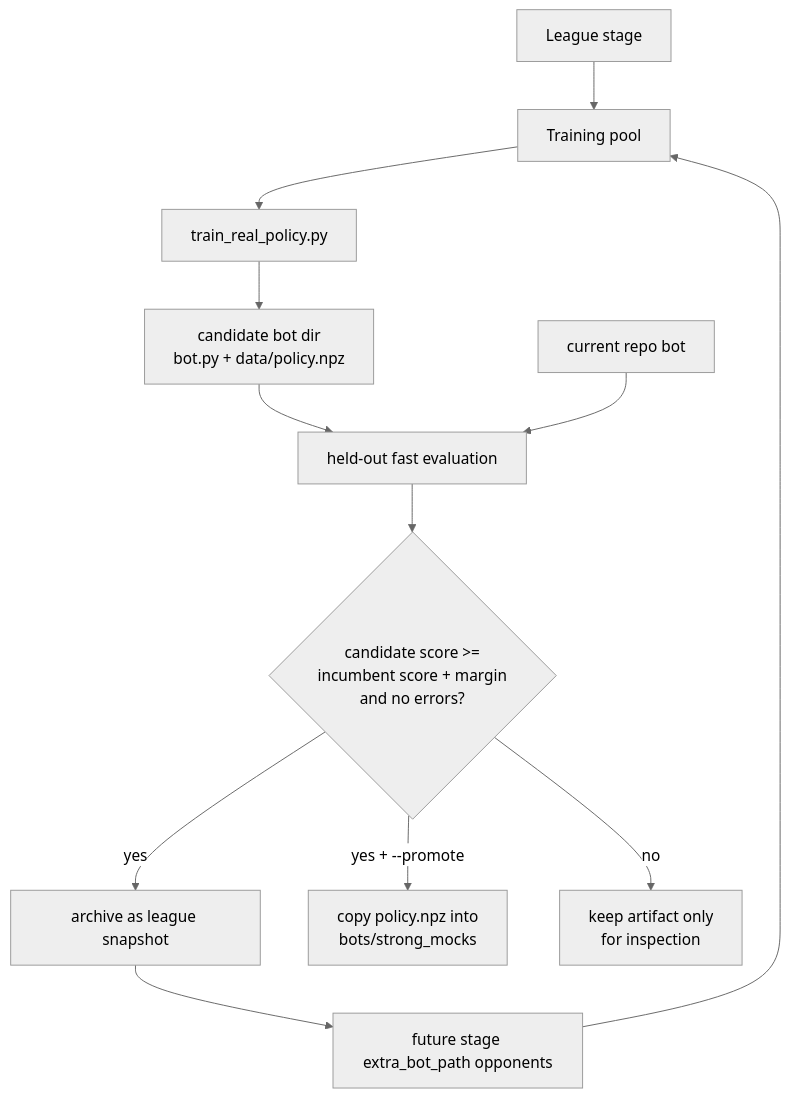
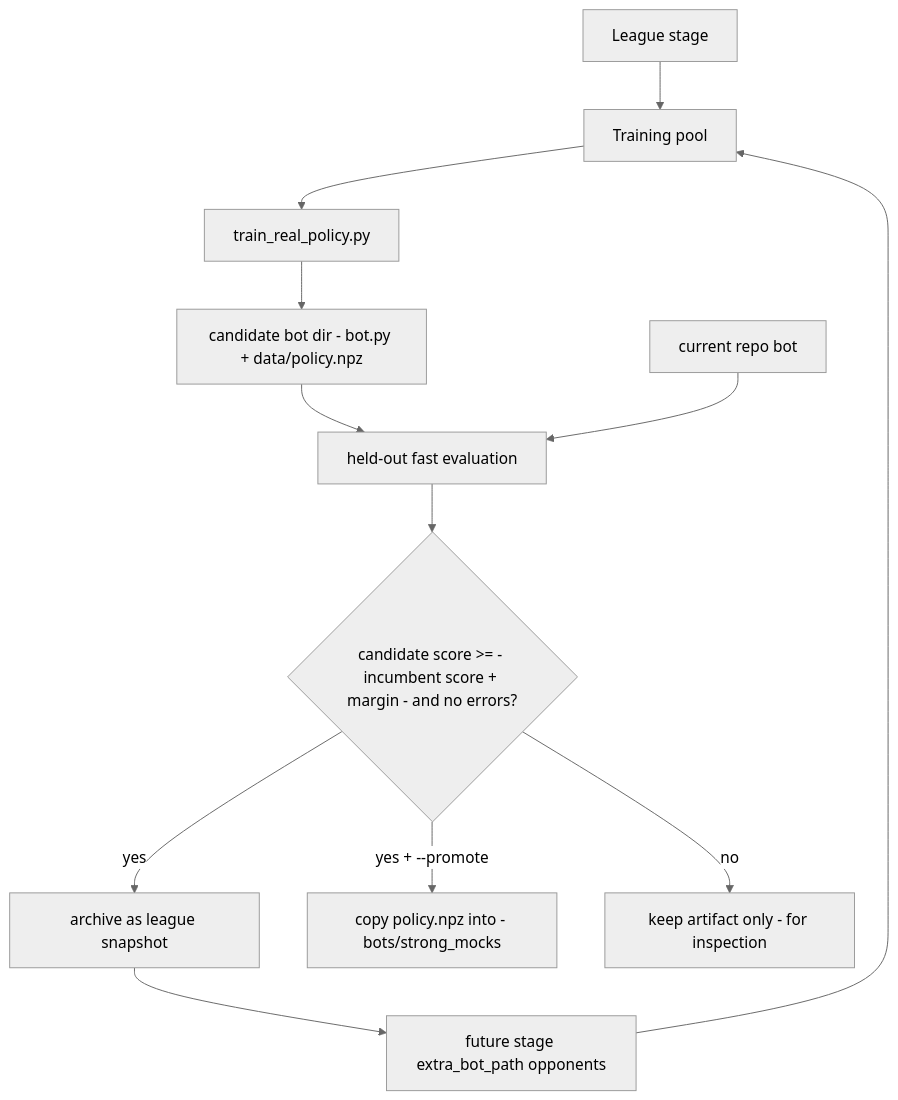
One commit to kosunghun317/fullhouse-engine changed the diagram in docs/league-training-framework.md. Above: the diagram before and after it, drawn with Mermaid (neutral theme). The commit also changed other lines of this file and 13 other files, not shown here.

Commit message:
docs: normalize mermaid diagrams

````diff
--- a/docs/league-training-framework.md
+++ b/docs/league-training-framework.md
@@ -51,14 +51,14 @@
 ```mermaid
 graph TD
     Stage["League stage"] --> TrainPool["Training pool"]
     TrainPool --> Trainer["train_real_policy.py"]
-    Trainer --> Candidate["candidate bot dir\nbot.py + data/policy.npz"]
+    Trainer --> Candidate["candidate bot dir - bot.py + data/policy.npz"]
     Candidate --> Eval["held-out fast evaluation"]
     Incumbent["current repo bot"] --> Eval
-    Eval --> Compare{"candidate score >=\nincumbent score + margin\nand no errors?"}
+    Eval --> Compare{"candidate score >= - incumbent score + margin - and no errors?"}
     Compare -->|yes| Archive["archive as league snapshot"]
-    Compare -->|yes + --promote| Promote["copy policy.npz into\nbots/strong_mocks"]
-    Compare -->|no| Reject["keep artifact only\nfor inspection"]
+    Compare -->|yes + --promote| Promote["copy policy.npz into - bots/strong_mocks"]
+    Compare -->|no| Reject["keep artifact only - for inspection"]
     Archive --> Future["future stage extra_bot_path opponents"]
     Future --> TrainPool
 ```
````
